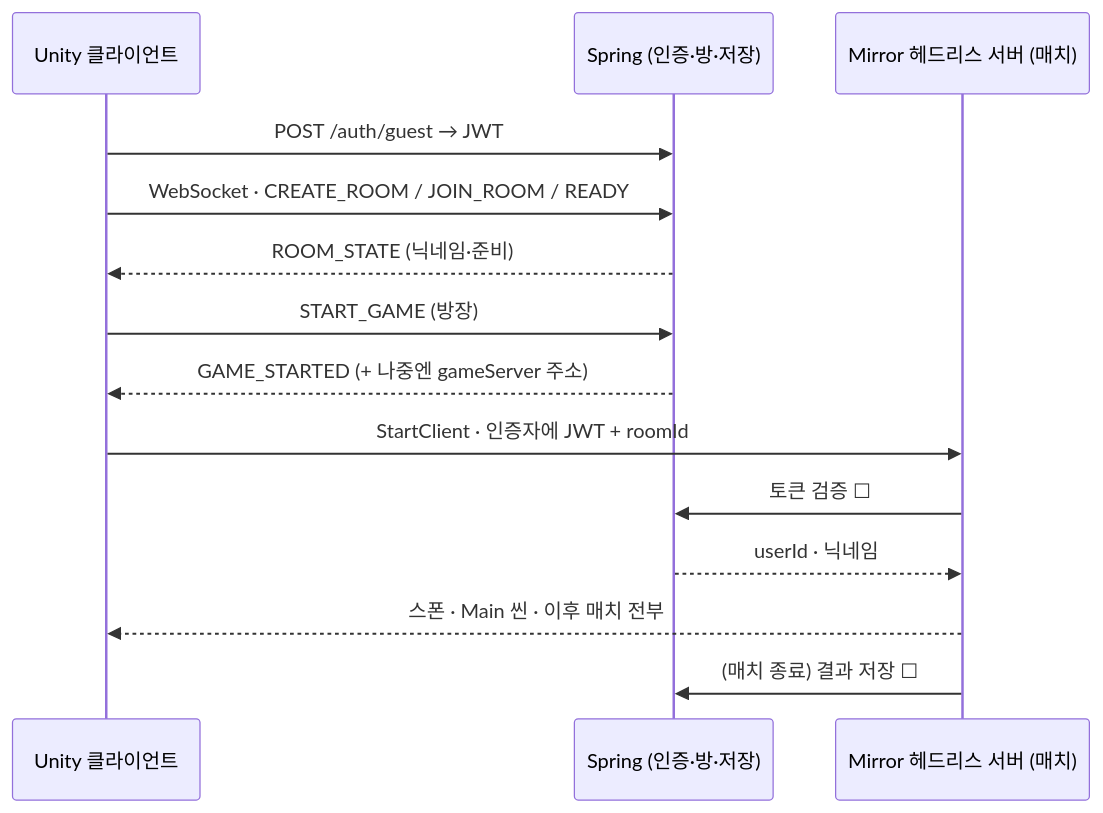
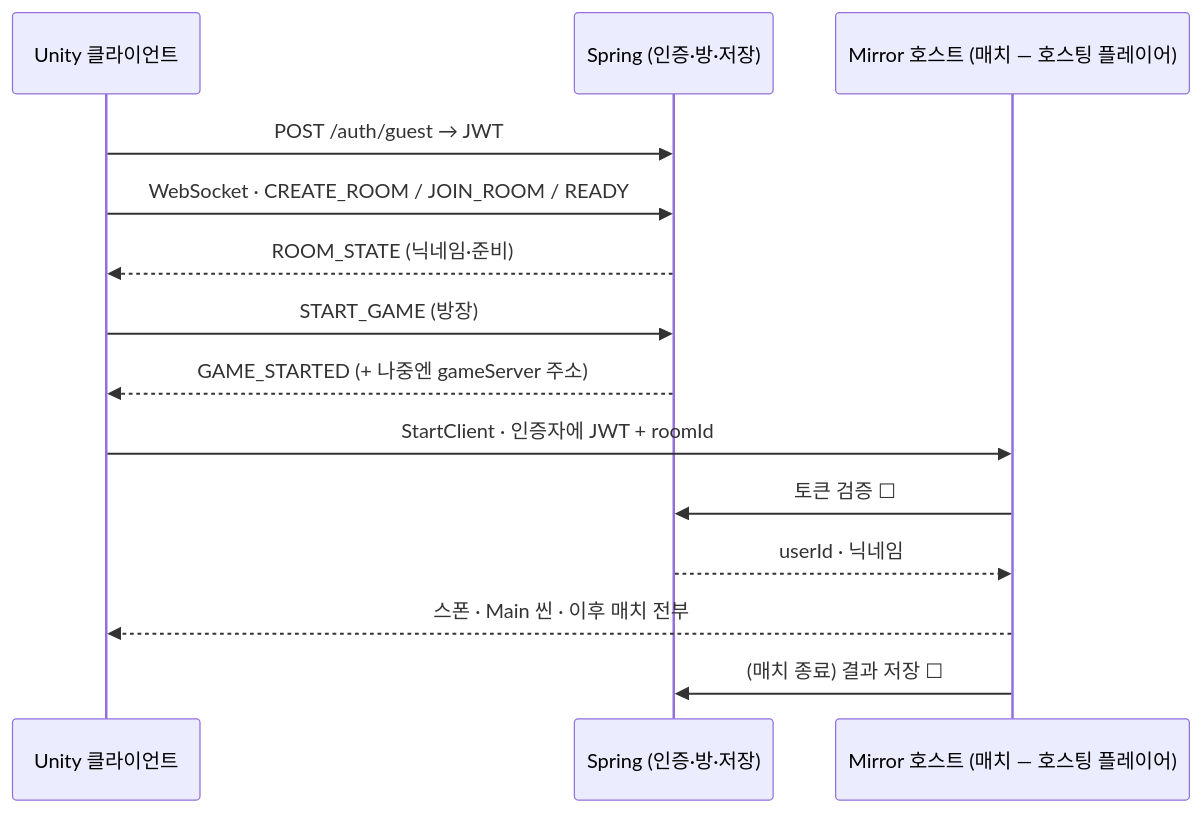
Before and after one commit to KimJuseong123/Not-This-Planet: the first of 2 diagrams in docs/records/S15P21B202-145-sync-design.md, drawn with Mermaid. The commit also changed other lines of this file, not shown here.

Commit message:
[Network] docs: 동기화 구조를 호스트 권위 + 서버 경유로 정정 (S15P21B202-239)

````diff
--- a/docs/records/S15P21B202-145-sync-design.md
+++ b/docs/records/S15P21B202-145-sync-design.md
@@ -47,16 +72,16 @@
 ```mermaid
 sequenceDiagram
     participant U as Unity 클라이언트
     participant S as Spring (인증·방·저장)
-    participant M as Mirror 헤드리스 서버 (매치)
+    participant M as Mirror 호스트 (매치 — 호스팅 플레이어)
     U->>S: POST /auth/guest → JWT
     U->>S: WebSocket · CREATE_ROOM / JOIN_ROOM / READY
     S-->>U: ROOM_STATE (닉네임·준비)
     U->>S: START_GAME (방장)
     S-->>U: GAME_STARTED (+ 나중엔 gameServer 주소)
     U->>M: StartClient · 인증자에 JWT + roomId
     M->>S: 토큰 검증 ☐
     S-->>M: userId · 닉네임
     M-->>U: 스폰 · Main 씬 · 이후 매치 전부
     M->>S: (매치 종료) 결과 저장 ☐
 ```
````
